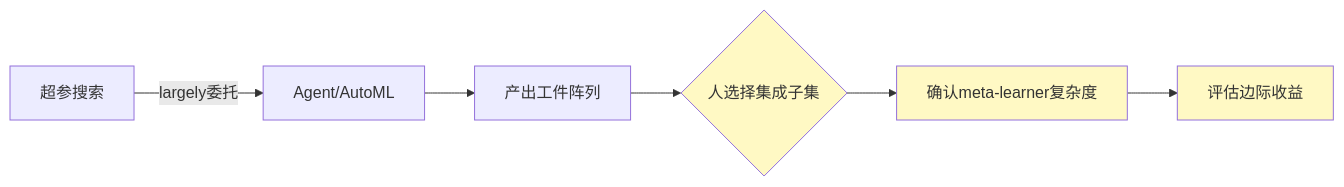
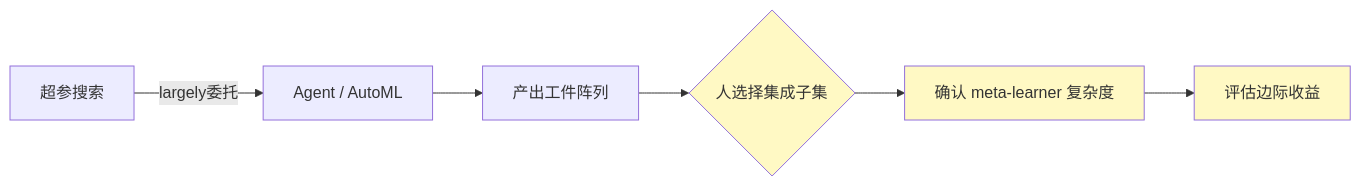
The first of 2 diagrams in docs/chapters/chapter21.md (wizardforcel/vibe-kaggle), drawn with Mermaid before and after one commit. The commit also changed other lines of this file and 22 other files, not shown here.

````diff
--- a/docs/chapters/chapter21.md
+++ b/docs/chapters/chapter21.md
@@ -15,11 +19,11 @@
 ```mermaid
 flowchart LR
-    A[超参搜索] -->|largely委托| B[Agent/AutoML]
-    B --> C[产出工件阵列]
-    C --> D{人选择集成子集}
-    D --> E[确认meta-learner复杂度]
-    E --> F[评估边际收益]
+    A["超参搜索"] -->|largely委托| B["Agent / AutoML"]
+    B --> C["产出工件阵列"]
+    C --> D{"人选择集成子集"}
+    D --> E["确认 meta-learner 复杂度"]
+    E --> F["评估边际收益"]
     style D fill:#fff9c4
     style E fill:#fff9c4
     style F fill:#fff9c4
 ```
````
